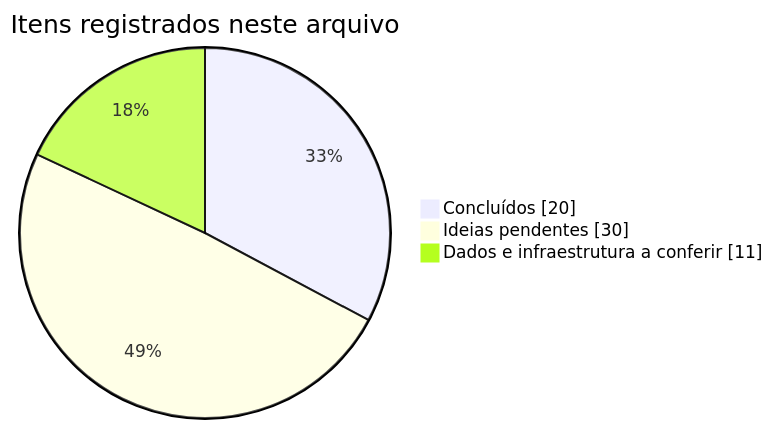
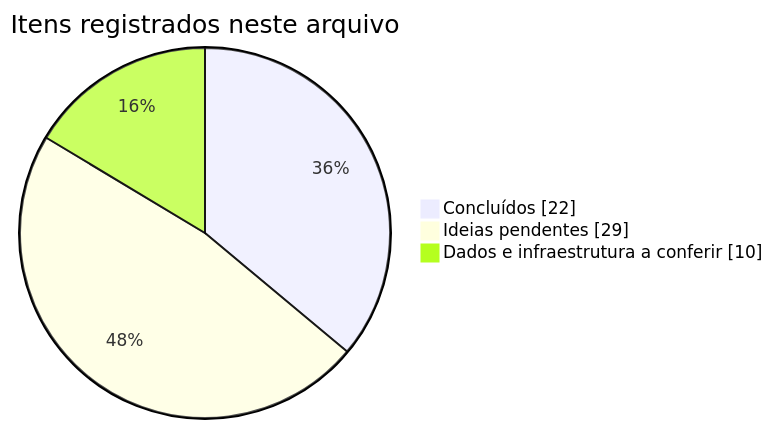
Before and after one commit to floriatanscosta/floriatanscosta.github.io: the diagram in PENDENCIAS.md, drawn with Mermaid. The commit also changed other lines of this file and 80 other files, not shown here.

````diff
--- a/PENDENCIAS.md
+++ b/PENDENCIAS.md
@@ -9,6 +9,6 @@
 ```mermaid
 pie showData title Itens registrados neste arquivo
-    "Concluídos" : 20
-    "Ideias pendentes" : 30
-    "Dados e infraestrutura a conferir" : 11
+    "Concluídos" : 22
+    "Ideias pendentes" : 29
+    "Dados e infraestrutura a conferir" : 10
 ```
````
